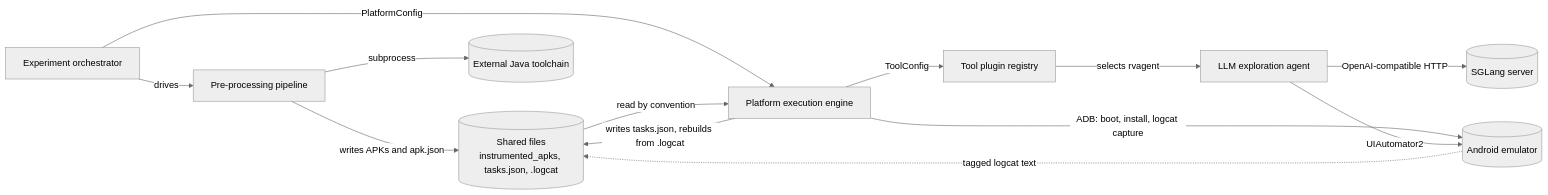
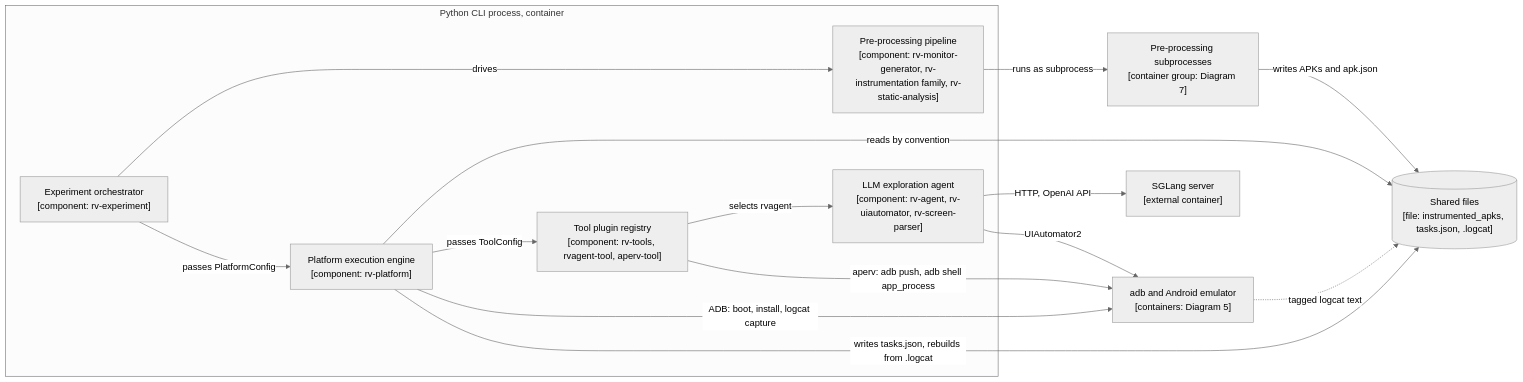
One commit to PAMunb/rvsec changed the sixth of 8 diagrams in rv-android/docs/architecture/rv-android.md. Above: the diagram before and after it, drawn with Mermaid. The commit also changed other lines of this file and 7 other files, not shown here.

````diff
--- a/rv-android/docs/architecture/rv-android.md
+++ b/rv-android/docs/architecture/rv-android.md
@@ -369,26 +487,31 @@
 ```mermaid
 %%{init: {'theme': 'neutral'}}%%
 flowchart LR
-    orch[Experiment orchestrator]
-    pre[Pre-processing pipeline]
-    engine[Platform execution engine]
-    tools[Tool plugin registry]
-    llm[LLM exploration agent]
-    store[(Shared files<br/>instrumented_apks, tasks.json, .logcat)]
-    emu[(Android emulator)]
-    sglang[(SGLang server)]
-    java[(External Java toolchain)]
+    %% Source: modules/rv-experiment/src/rv_experiment/, modules/rv-platform/src/rv_platform/, modules/rv-tools/src/rv_tools/, modules/rvagent-tool/, modules/aperv-tool/src/aperv_tool/tools/aperv/tool.py, modules/rv-agent/src/rv_agent/
+    %% Omitted: the core foundation library (rv-android-core, rv-instrumentation-core), imported by every component; see the Module view
+    subgraph pyproc["Python CLI process, container"]
+        orch["Experiment orchestrator<br/>[component: rv-experiment]"]
+        prec["Pre-processing pipeline<br/>[component: rv-monitor-generator, rv-instrumentation family, rv-static-analysis]"]
+        engine["Platform execution engine<br/>[component: rv-platform]"]
+        tools["Tool plugin registry<br/>[component: rv-tools, rvagent-tool, aperv-tool]"]
+        llm["LLM exploration agent<br/>[component: rv-agent, rv-uiautomator, rv-screen-parser]"]
+    end
+    java["Pre-processing subprocesses<br/>[container group: Diagram 7]"]
+    store[("Shared files<br/>[file: instrumented_apks, tasks.json, .logcat]")]
+    emu["adb and Android emulator<br/>[containers: Diagram 5]"]
+    sglang["SGLang server<br/>[external container]"]
 
-    orch -->|drives| pre
-    orch -->|PlatformConfig| engine
-    pre -->|subprocess| java
-    pre -->|writes APKs and apk.json| store
-    store -->|read by convention| engine
-    engine -->|ToolConfig| tools
-    tools -->|selects rvagent| llm
-    engine -->|ADB: boot, install, logcat capture| emu
-    emu -.->|tagged logcat text| store
-    engine -->|writes tasks.json, rebuilds from .logcat| store
-    llm -->|OpenAI-compatible HTTP| sglang
-    llm -->|UIAutomator2| emu
+    orch -->|"drives"| prec
+    orch -->|"passes PlatformConfig"| engine
+    prec -->|"runs as subprocess"| java
+    java -->|"writes APKs and apk.json"| store
+    engine -->|"reads by convention"| store
+    engine -->|"passes ToolConfig"| tools
+    tools -->|"selects rvagent"| llm
+    tools -->|"aperv: adb push, adb shell app_process"| emu
+    engine -->|"ADB: boot, install, logcat capture"| emu
+    emu -.->|"tagged logcat text"| store
+    engine -->|"writes tasks.json, rebuilds from .logcat"| store
+    llm -->|"HTTP, OpenAI API"| sglang
+    llm -->|"UIAutomator2"| emu
 ```
````
